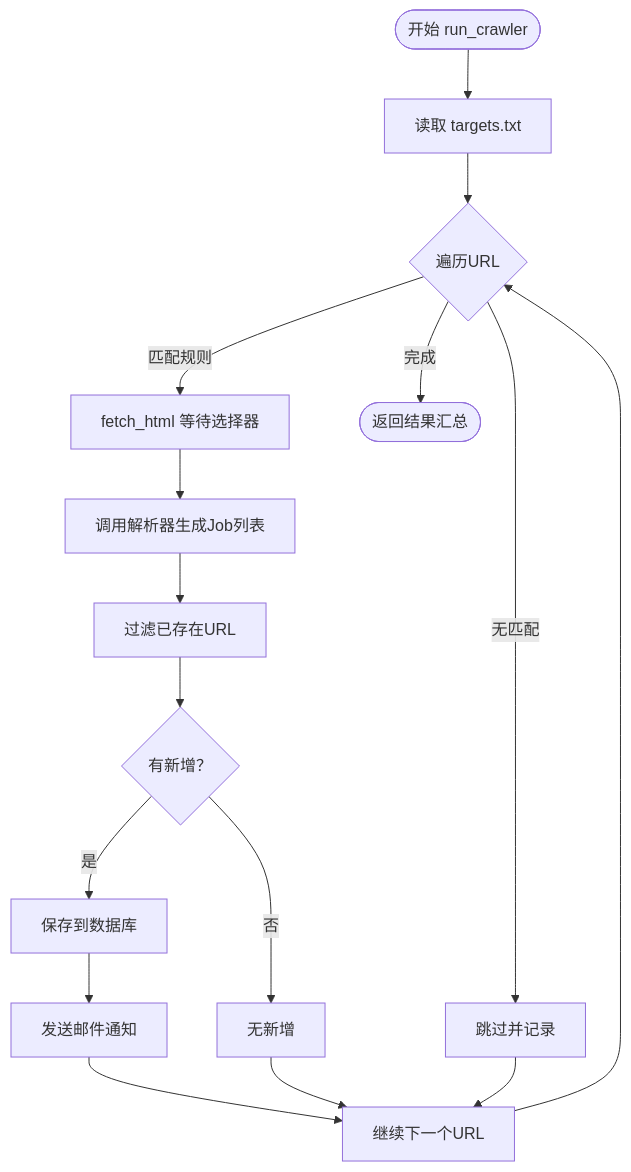
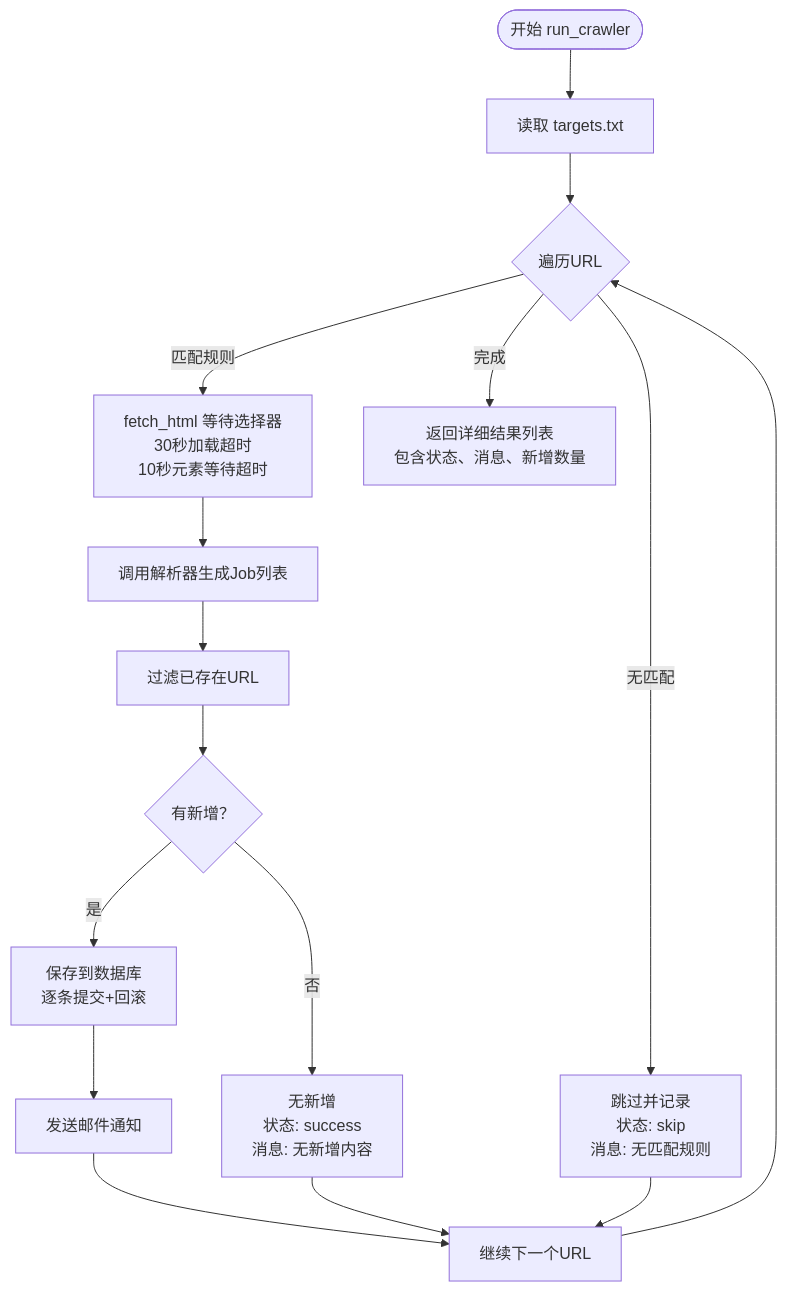
Before and after one commit to henghengZhu-0719/myblog: the third of 6 diagrams in .qoder/repowiki/zh/content/后端架构/工具函数库/招聘数据爬取工具.md, drawn with Mermaid. The commit also changed other lines of this file and 3 other files, not shown here.

````diff
--- a/.qoder/repowiki/zh/content/后端架构/工具函数库/招聘数据爬取工具.md
+++ b/.qoder/repowiki/zh/content/后端架构/工具函数库/招聘数据爬取工具.md
@@ -146,18 +171,18 @@
 ```mermaid
 flowchart TD
 Start(["开始 run_crawler"]) --> LoadTargets["读取 targets.txt"]
 LoadTargets --> LoopURL{"遍历URL"}
-LoopURL --> |匹配规则| Fetch["fetch_html 等待选择器"]
-LoopURL --> |无匹配| Skip["跳过并记录"]
+LoopURL --> |匹配规则| Fetch["fetch_html 等待选择器<br/>30秒加载超时<br/>10秒元素等待超时"]
+LoopURL --> |无匹配| Skip["跳过并记录<br/>状态: skip<br/>消息: 无匹配规则"]
 Fetch --> Parse["调用解析器生成Job列表"]
 Parse --> Dedup["过滤已存在URL"]
 Dedup --> HasNew{"有新增？"}
-HasNew --> |是| Save["保存到数据库"]
-HasNew --> |否| Noop["无新增"]
+HasNew --> |是| Save["保存到数据库<br/>逐条提交+回滚"]
+HasNew --> |否| Noop["无新增<br/>状态: success<br/>消息: 无新增内容"]
 Save --> Mail["发送邮件通知"]
 Mail --> Next["继续下一个URL"]
 Noop --> Next
 Skip --> Next
 Next --> LoopURL
-LoopURL --> |完成| Done(["返回结果汇总"])
+LoopURL --> |完成| Result["返回详细结果列表<br/>包含状态、消息、新增数量"]
 ```
````
